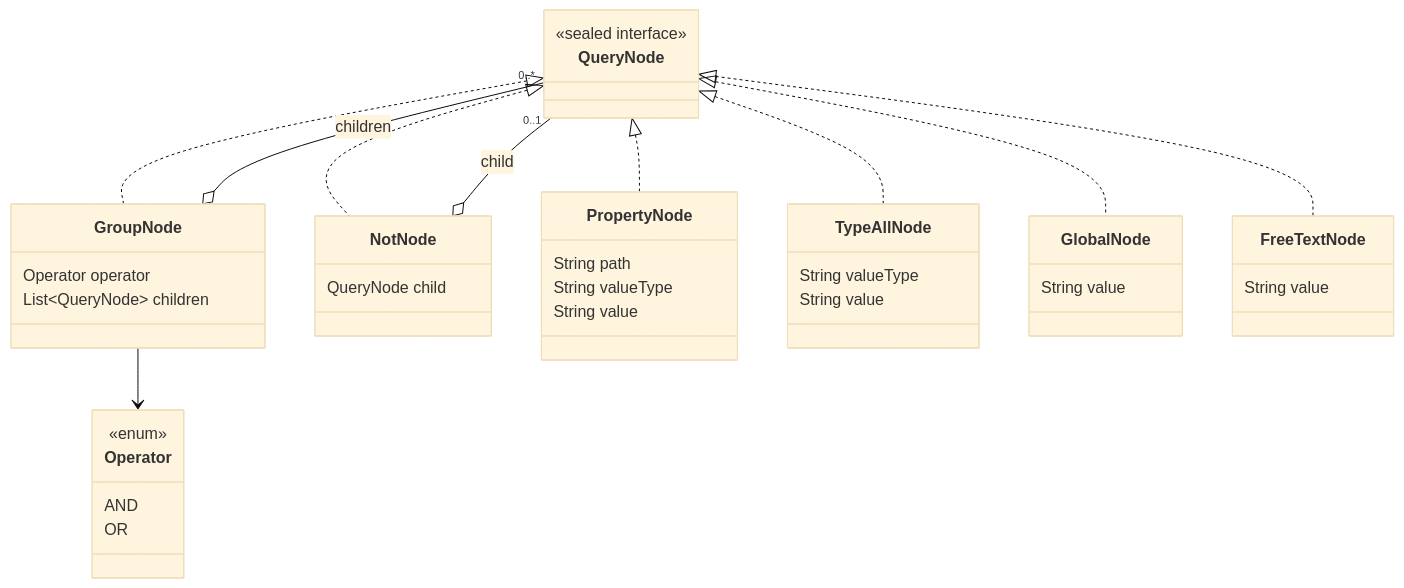
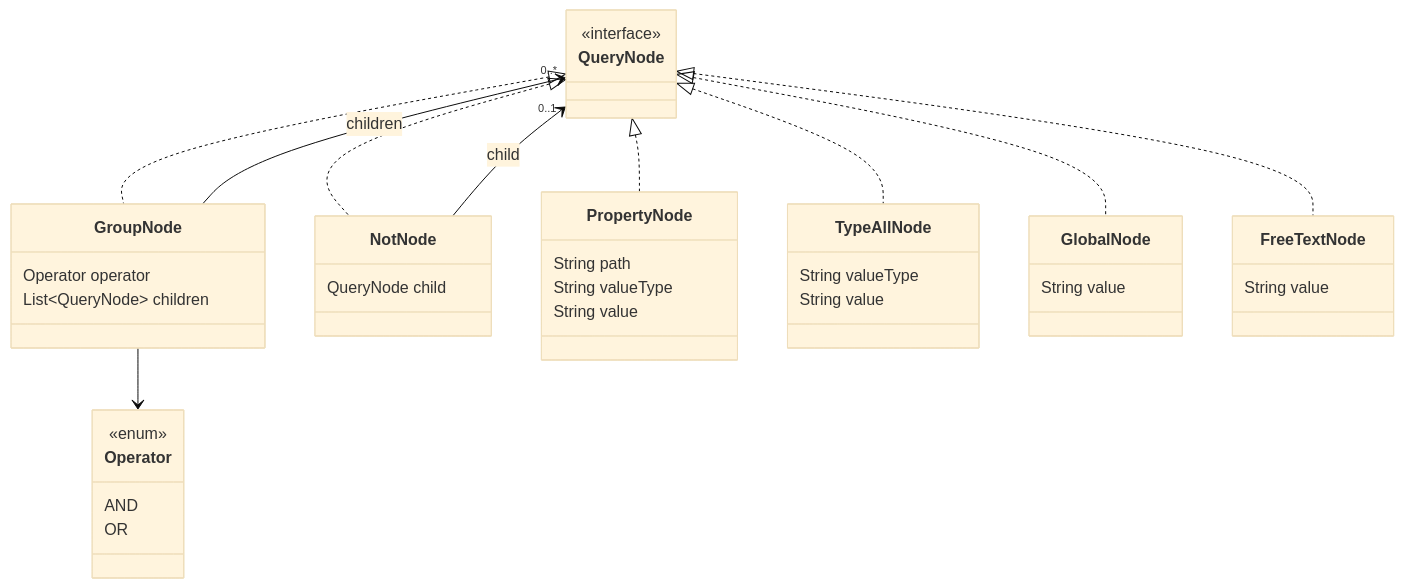
The third of 3 diagrams in architecture/search-flow-overview.md (psjobergprivat/elastic-lab), drawn with Mermaid (base theme) before and after one commit.

Commit message:
Fixed broken mermaid syntax

````diff
--- a/architecture/search-flow-overview.md
+++ b/architecture/search-flow-overview.md
@@ -75,46 +75,46 @@
 ```mermaid
 classDiagram
     direction TB
 
     class QueryNode {
-        <<sealed interface>>
+        <<interface>>
     }
     class GroupNode {
         Operator operator
         List~QueryNode~ children
     }
     class NotNode {
         QueryNode child
     }
     class PropertyNode {
         String path
         String valueType
         String value
     }
     class TypeAllNode {
         String valueType
         String value
     }
     class GlobalNode {
         String value
     }
     class FreeTextNode {
         String value
     }
     class Operator {
         <<enum>>
         AND
         OR
     }
 
     QueryNode <|.. GroupNode
     QueryNode <|.. NotNode
     QueryNode <|.. PropertyNode
     QueryNode <|.. TypeAllNode
     QueryNode <|.. GlobalNode
     QueryNode <|.. FreeTextNode
 
     GroupNode --> Operator
-    GroupNode o-- "0..*" QueryNode : children
-    NotNode o-- "0..1" QueryNode : child
+    GroupNode --> "0..*" QueryNode : children
+    NotNode --> "0..1" QueryNode : child
 ```
````
